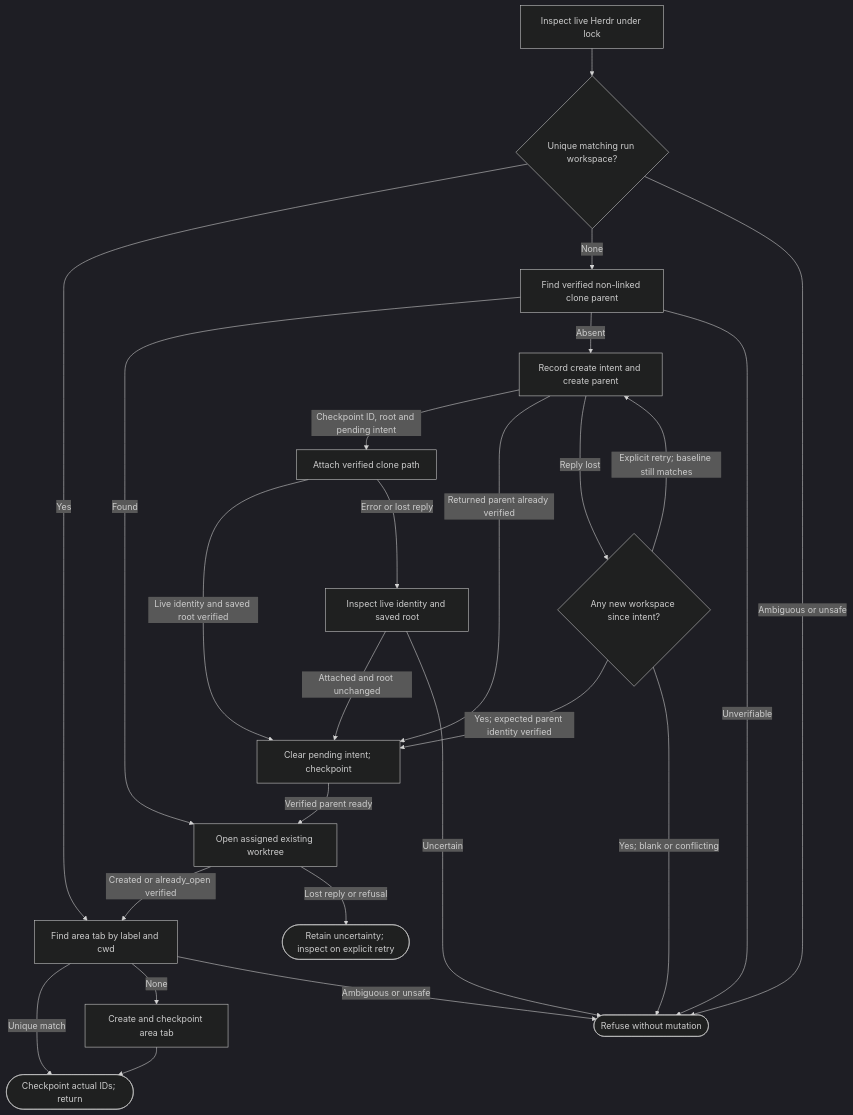
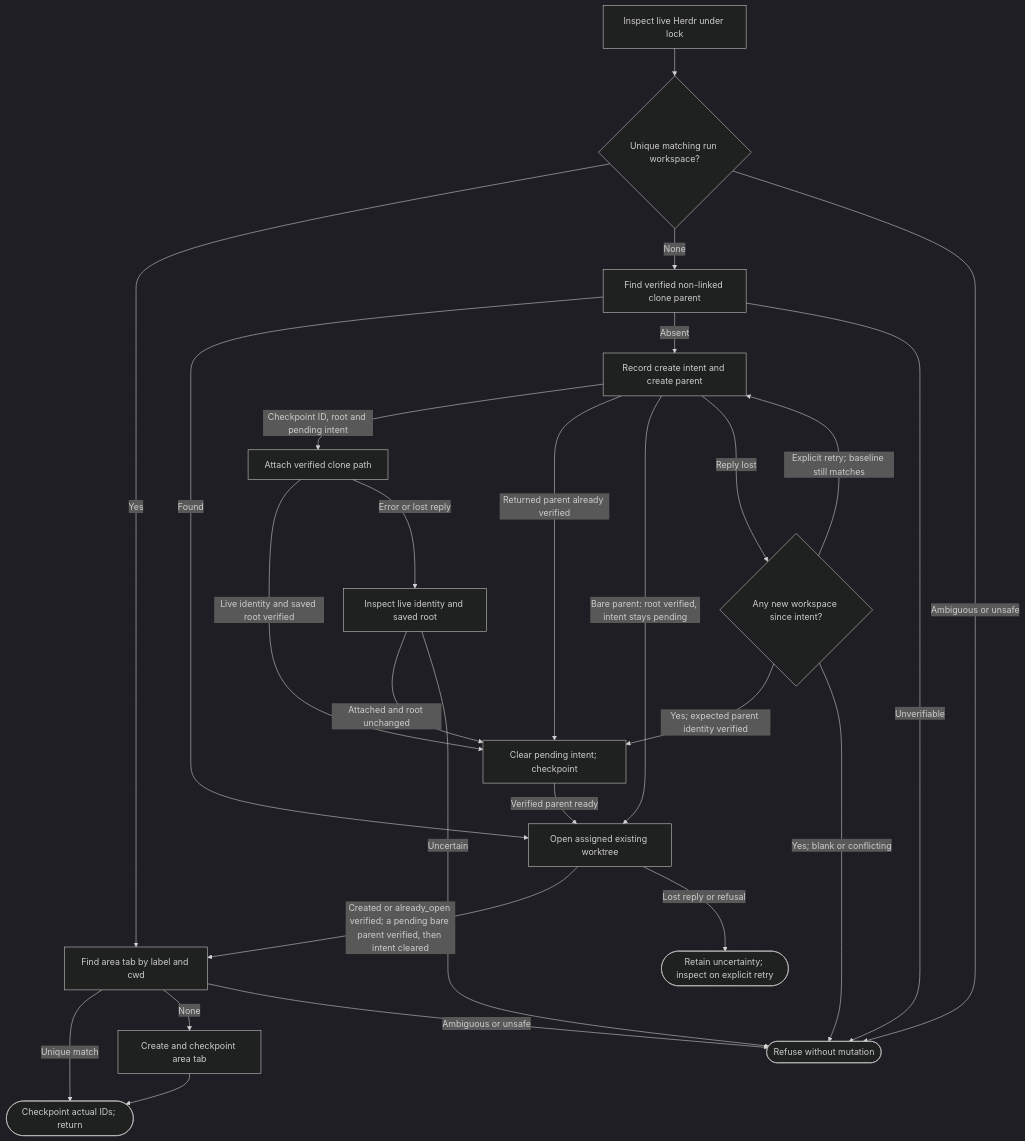
One commit to promptdriven/pdd changed the diagram in prompts/cli/workflow-herdr-layout.prompt.md. Above: the diagram before and after it, drawn with Mermaid (dark theme). The commit also changed other lines of this file and 4 other files, not shown here.

First line of the commit message:
Start Herdr chats from a bare parent the way real Herdr allows (#2698)

````diff
--- a/prompts/cli/workflow-herdr-layout.prompt.md
+++ b/prompts/cli/workflow-herdr-layout.prompt.md
@@ -13,27 +13,28 @@
 ```mermaid
 flowchart TD
     I[Inspect live Herdr under lock] --> R{Unique matching run workspace?}
     R -->|Yes| T[Find area tab by label and cwd]
     R -->|None| P[Find verified non-linked clone parent]
     R -->|Ambiguous or unsafe| F([Refuse without mutation])
     P -->|Found| O[Open assigned existing worktree]
     P -->|Absent| C[Record create intent and create parent]
     P -->|Unverifiable| F
     C -->|Checkpoint ID, root and pending intent| A1[Attach verified clone path]
     C -->|Returned parent already verified| AC
+    C -->|Bare parent: root verified, intent stays pending| O
     A1 -->|Live identity and saved root verified| AC[Clear pending intent; checkpoint]
     AC -->|Verified parent ready| O
     A1 -->|Error or lost reply| V[Inspect live identity and saved root]
     V -->|Attached and root unchanged| AC
     V -->|Uncertain| F
     C -->|Reply lost| Z{Any new workspace since intent?}
     Z -->|Explicit retry; baseline still matches| C
     Z -->|Yes; expected parent identity verified| AC
     Z -->|Yes; blank or conflicting| F
-    O -->|Created or already_open verified| T
+    O -->|Created or already_open verified; a pending bare parent verified, then intent cleared| T
     O -->|Lost reply or refusal| U([Retain uncertainty; inspect on explicit retry])
     T -->|Unique match| A([Checkpoint actual IDs; return])
     T -->|None| N[Create and checkpoint area tab]
     T -->|Ambiguous or unsafe| F
     N --> A
 ```
````
